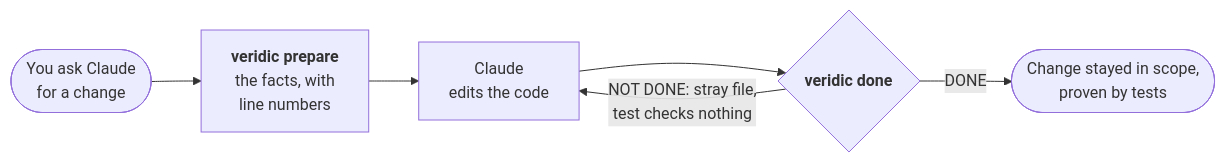
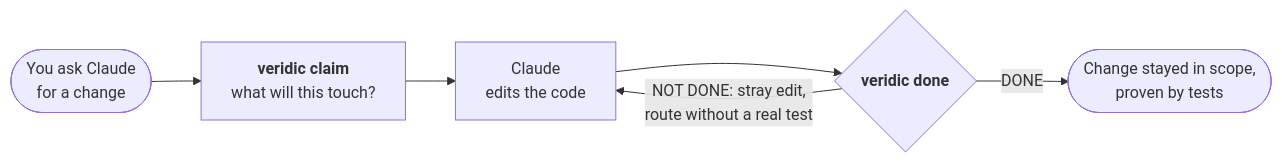
Before and after one commit to cph0r/veridic: the diagram in README.md, drawn with Mermaid. The commit also changed other lines of this file and 2 other files, not shown here.

First line of the commit message:
README in the style of Spec Kit and REA: one promise, try-it prompts, the claim → edit → done loop, real catches, FAQ

````diff
--- a/README.md
+++ b/README.md
@@ -31,8 +65,8 @@
 ```mermaid
 flowchart LR
-    ask(["You ask Claude<br/>for a change"]) --> facts["<b>veridic prepare</b><br/>the facts, with<br/>line numbers"]
-    facts --> edit["Claude<br/>edits the code"]
+    ask(["You ask Claude<br/>for a change"]) --> claim["<b>veridic claim</b><br/>what will this touch?"]
+    claim --> edit["Claude<br/>edits the code"]
     edit --> check{"<b>veridic done</b>"}
-    check -- "NOT DONE: stray file,<br/>test checks nothing" --> edit
+    check -- "NOT DONE: stray edit,<br/>route without a real test" --> edit
     check -- "DONE" --> result(["Change stayed in scope,<br/>proven by tests"])
 ```
````
